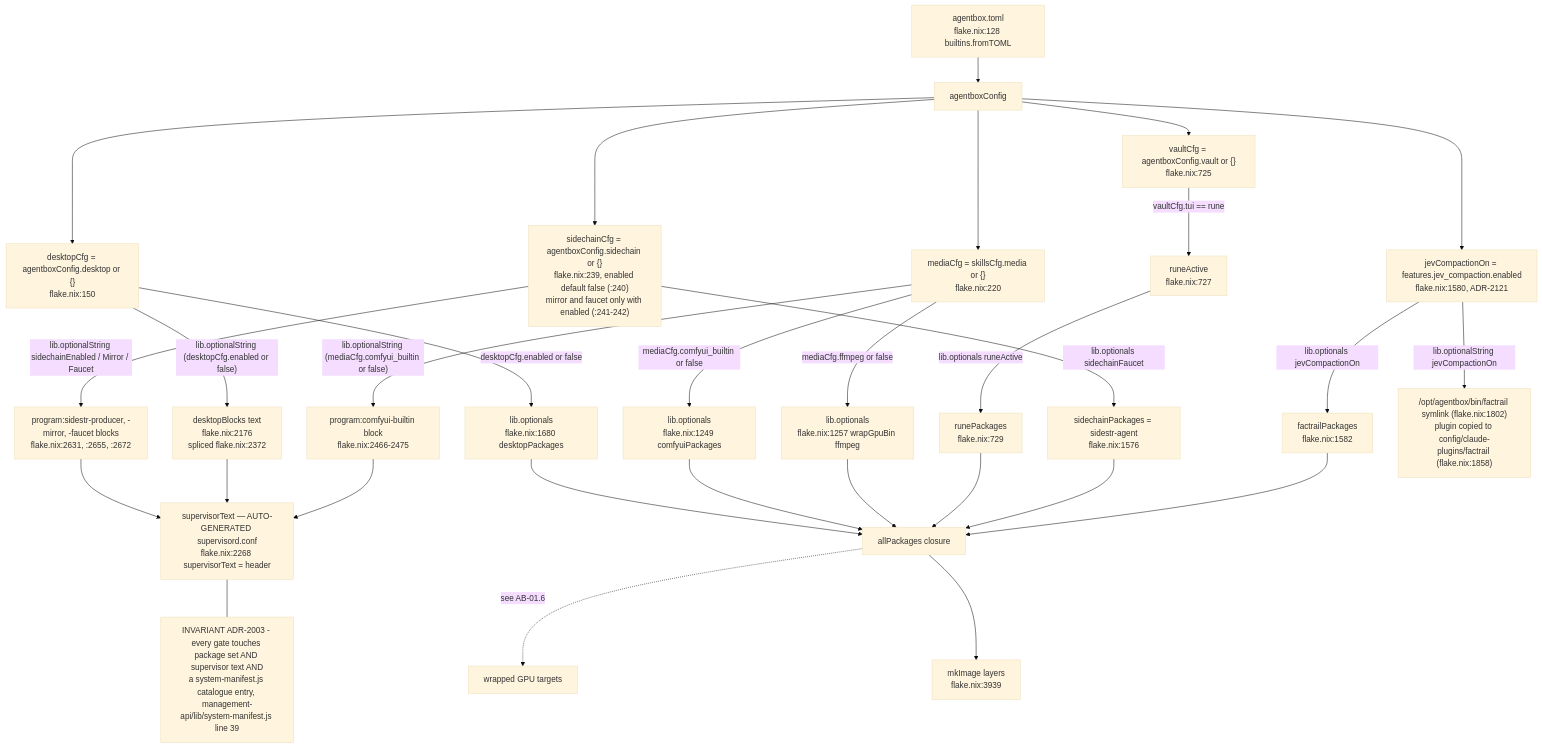
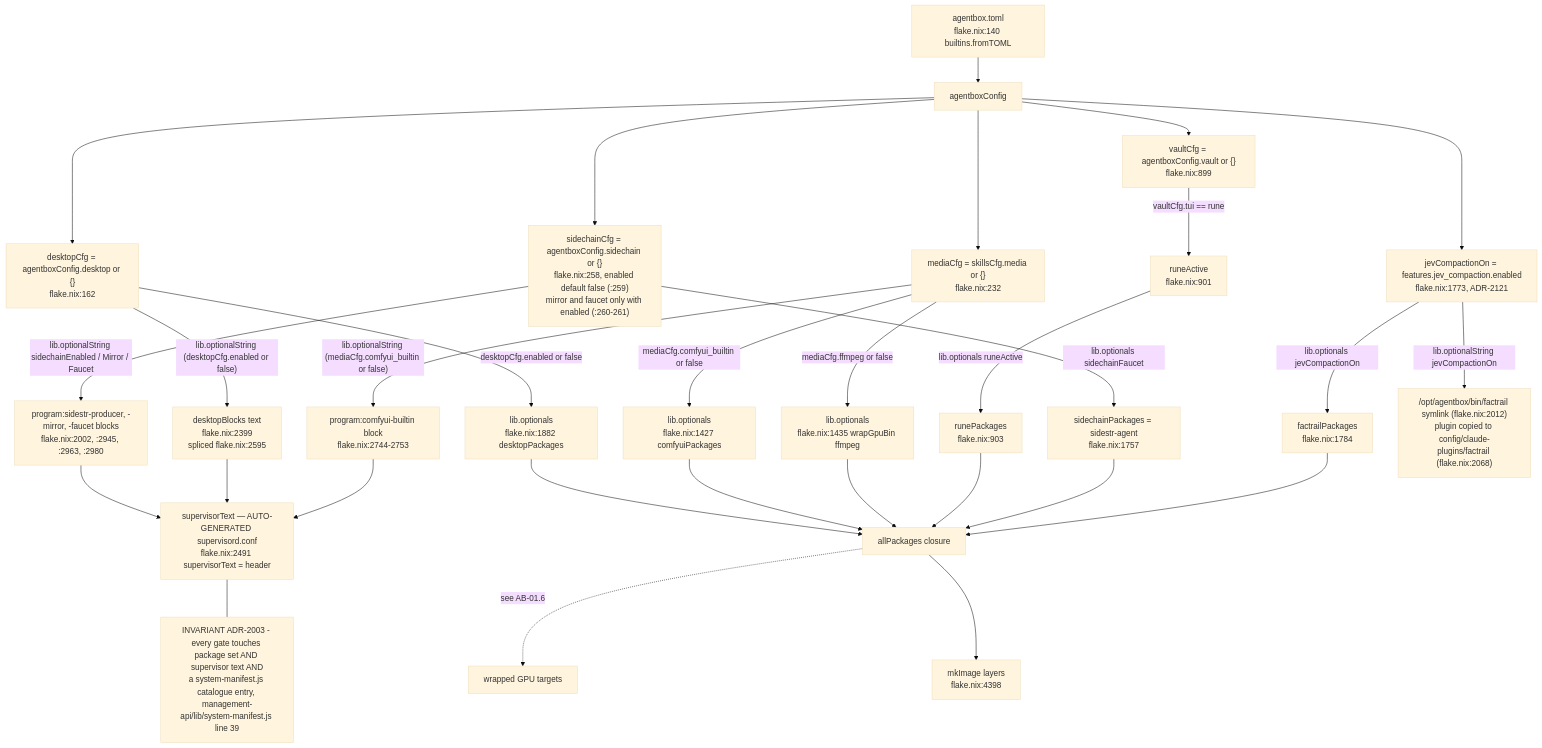
One commit to DreamLab-AI/VisionFlow changed the first of 10 diagrams in docs/diagrams/agentbox/01-nix-flake-composition.md. Above: the diagram before and after it, drawn with Mermaid (base theme). The commit also changed other lines of this file and 111 other files, not shown here.

Commit message:
docs(diagrams): align estate maps with current source

````diff
--- a/docs/diagrams/agentbox/01-nix-flake-composition.md
+++ b/docs/diagrams/agentbox/01-nix-flake-composition.md
@@ -31,40 +33,40 @@
 ```mermaid
 flowchart TB
-    TOML["agentbox.toml<br/>flake.nix:128 builtins.fromTOML"] --> CFG["agentboxConfig"]
-    CFG --> DESK["desktopCfg = agentboxConfig.desktop or {}<br/>flake.nix:150"]
-    CFG --> MEDIA["mediaCfg = skillsCfg.media or {}<br/>flake.nix:220"]
-    CFG --> VAULT["vaultCfg = agentboxConfig.vault or {}<br/>flake.nix:725"]
+    TOML["agentbox.toml<br/>flake.nix:140 builtins.fromTOML"] --> CFG["agentboxConfig"]
+    CFG --> DESK["desktopCfg = agentboxConfig.desktop or {}<br/>flake.nix:162"]
+    CFG --> MEDIA["mediaCfg = skillsCfg.media or {}<br/>flake.nix:232"]
+    CFG --> VAULT["vaultCfg = agentboxConfig.vault or {}<br/>flake.nix:899"]
 
-    DESK -->|"desktopCfg.enabled or false"| DESKOPT["lib.optionals<br/>flake.nix:1680 desktopPackages"]
-    MEDIA -->|"mediaCfg.comfyui_builtin or false"| COMFYOPT["lib.optionals<br/>flake.nix:1249 comfyuiPackages"]
-    MEDIA -->|"mediaCfg.ffmpeg or false"| FFOPT["lib.optionals<br/>flake.nix:1257 wrapGpuBin ffmpeg"]
-    VAULT -->|"vaultCfg.tui == rune"| RUNEOPT["runeActive<br/>flake.nix:727"]
+    DESK -->|"desktopCfg.enabled or false"| DESKOPT["lib.optionals<br/>flake.nix:1882 desktopPackages"]
+    MEDIA -->|"mediaCfg.comfyui_builtin or false"| COMFYOPT["lib.optionals<br/>flake.nix:1427 comfyuiPackages"]
+    MEDIA -->|"mediaCfg.ffmpeg or false"| FFOPT["lib.optionals<br/>flake.nix:1435 wrapGpuBin ffmpeg"]
+    VAULT -->|"vaultCfg.tui == rune"| RUNEOPT["runeActive<br/>flake.nix:901"]
 
     DESKOPT --> ALLPKG["allPackages closure"]
     COMFYOPT --> ALLPKG
     FFOPT --> ALLPKG
-    RUNEOPT -->|"lib.optionals runeActive"| RUNEPKG["runePackages<br/>flake.nix:729"]
+    RUNEOPT -->|"lib.optionals runeActive"| RUNEPKG["runePackages<br/>flake.nix:903"]
     RUNEPKG --> ALLPKG
 
-    DESK -->|"lib.optionalString (desktopCfg.enabled or false)"| DESKSUP["desktopBlocks text<br/>flake.nix:2176<br/>spliced flake.nix:2372"]
-    MEDIA -->|"lib.optionalString (mediaCfg.comfyui_builtin or false)"| COMFYSUP["program:comfyui-builtin block<br/>flake.nix:2466-2475"]
+    DESK -->|"lib.optionalString (desktopCfg.enabled or false)"| DESKSUP["desktopBlocks text<br/>flake.nix:2399<br/>spliced flake.nix:2595"]
+    MEDIA -->|"lib.optionalString (mediaCfg.comfyui_builtin or false)"| COMFYSUP["program:comfyui-builtin block<br/>flake.nix:2744-2753"]
 
-    CFG --> SIDE["sidechainCfg = agentboxConfig.sidechain or {}<br/>flake.nix:239, enabled default false (:240)<br/>mirror and faucet only with enabled (:241-242)"]
-    SIDE -->|"lib.optionals sidechainFaucet"| SIDEPKG["sidechainPackages = sidestr-agent<br/>flake.nix:1576"]
+    CFG --> SIDE["sidechainCfg = agentboxConfig.sidechain or {}<br/>flake.nix:258, enabled default false (:259)<br/>mirror and faucet only with enabled (:260-261)"]
+    SIDE -->|"lib.optionals sidechainFaucet"| SIDEPKG["sidechainPackages = sidestr-agent<br/>flake.nix:1757"]
     SIDEPKG --> ALLPKG
-    SIDE -->|"lib.optionalString sidechainEnabled / Mirror / Faucet"| SIDESUP["program:sidestr-producer, -mirror, -faucet blocks<br/>flake.nix:2631, :2655, :2672"]
+    SIDE -->|"lib.optionalString sidechainEnabled / Mirror / Faucet"| SIDESUP["program:sidestr-producer, -mirror, -faucet blocks<br/>flake.nix:2002, :2945, :2963, :2980"]
     SIDESUP --> SUPTEXT
-    CFG --> JEVON["jevCompactionOn = features.jev_compaction.enabled<br/>flake.nix:1580, ADR-2121"]
-    JEVON -->|"lib.optionals jevCompactionOn"| FRPKG["factrailPackages<br/>flake.nix:1582"]
+    CFG --> JEVON["jevCompactionOn = features.jev_compaction.enabled<br/>flake.nix:1773, ADR-2121"]
+    JEVON -->|"lib.optionals jevCompactionOn"| FRPKG["factrailPackages<br/>flake.nix:1784"]
     FRPKG --> ALLPKG
-    JEVON -->|"lib.optionalString jevCompactionOn"| FRBAKE["/opt/agentbox/bin/factrail symlink (flake.nix:1802)<br/>plugin copied to config/claude-plugins/factrail (flake.nix:1858)"]
+    JEVON -->|"lib.optionalString jevCompactionOn"| FRBAKE["/opt/agentbox/bin/factrail symlink (flake.nix:2012)<br/>plugin copied to config/claude-plugins/factrail (flake.nix:2068)"]
 
-    DESKSUP --> SUPTEXT["supervisorText — AUTO-GENERATED supervisord.conf<br/>flake.nix:2268 supervisorText = header"]
+    DESKSUP --> SUPTEXT["supervisorText — AUTO-GENERATED supervisord.conf<br/>flake.nix:2491 supervisorText = header"]
     COMFYSUP --> SUPTEXT
-    ALLPKG --> MKIMAGE["mkImage layers<br/>flake.nix:3939"]
+    ALLPKG --> MKIMAGE["mkImage layers<br/>flake.nix:4398"]
 
     ALLPKG -.->|"see AB-01.6"| WRAPTGT["wrapped GPU targets"]
 
     note1["INVARIANT ADR-2003 - every gate touches package set AND supervisor text AND<br/>a system-manifest.js catalogue entry, management-api/lib/system-manifest.js line 39"]
     SUPTEXT --- note1
 ```
````
